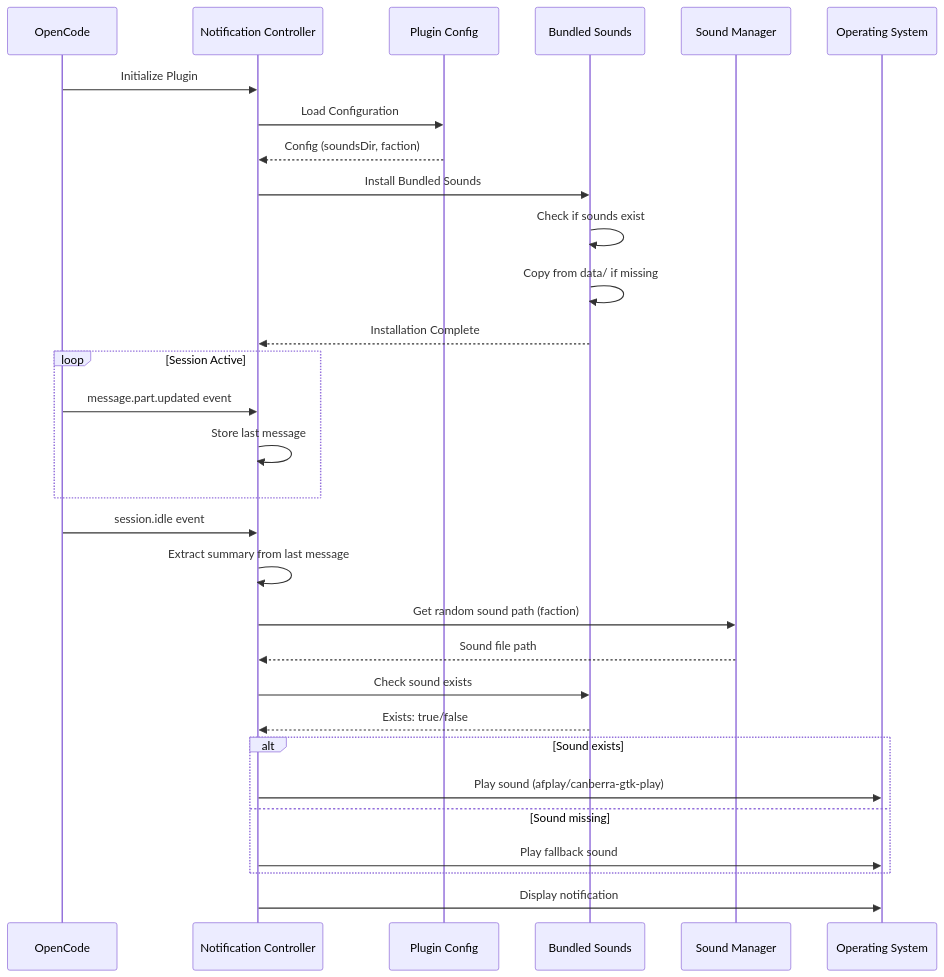
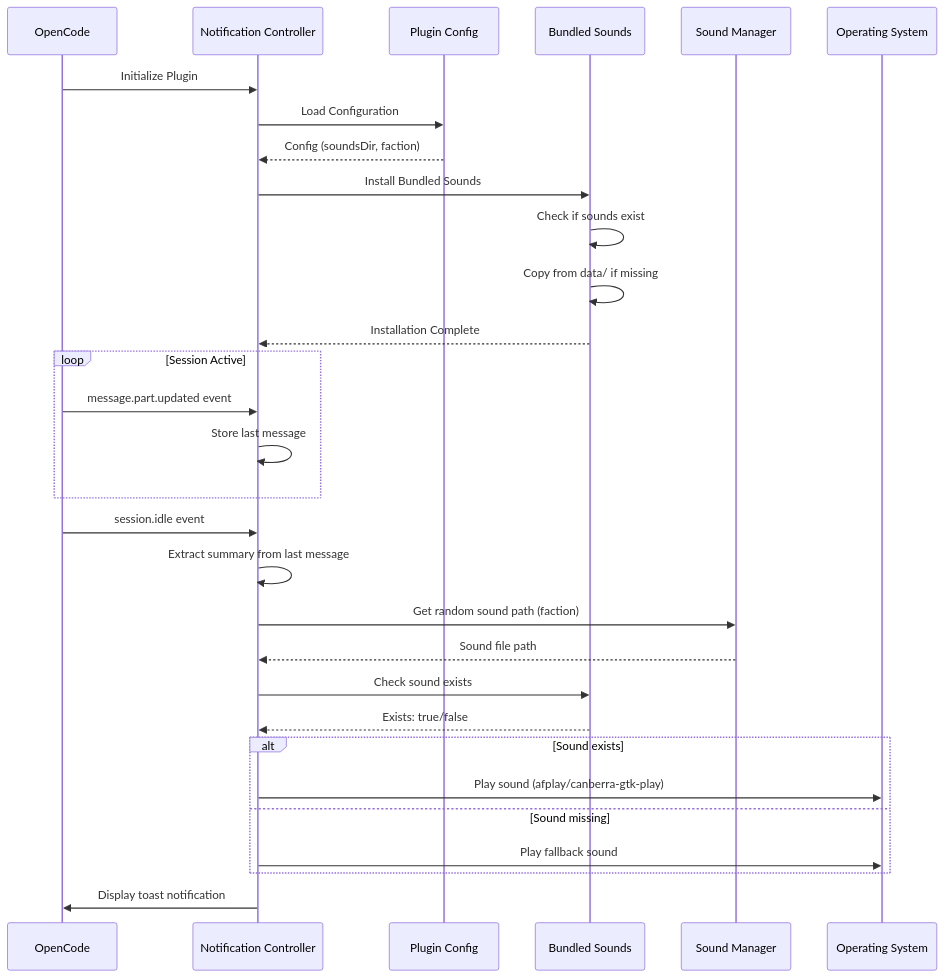
Before and after one commit to pantheon-org/opencode-warcraft-notifications: the second of 18 diagrams in docs/src/content/docs/architecture.md, drawn with Mermaid. The commit also changed other lines of this file and 42 other files, not shown here.

````diff
--- a/docs/src/content/docs/architecture.md
+++ b/docs/src/content/docs/architecture.md
@@ -106,37 +107,37 @@
 ```mermaid
 sequenceDiagram
     participant OC as OpenCode
     participant NC as Notification Controller
     participant PC as Plugin Config
     participant BS as Bundled Sounds
     participant SM as Sound Manager
     participant OS as Operating System
 
     OC->>NC: Initialize Plugin
     NC->>PC: Load Configuration
     PC-->>NC: Config (soundsDir, faction)
     NC->>BS: Install Bundled Sounds
     BS->>BS: Check if sounds exist
     BS->>BS: Copy from data/ if missing
     BS-->>NC: Installation Complete
 
     loop Session Active
         OC->>NC: message.part.updated event
         NC->>NC: Store last message
     end
 
     OC->>NC: session.idle event
     NC->>NC: Extract summary from last message
     NC->>SM: Get random sound path (faction)
     SM-->>NC: Sound file path
     NC->>BS: Check sound exists
     BS-->>NC: Exists: true/false
 
     alt Sound exists
         NC->>OS: Play sound (afplay/canberra-gtk-play)
     else Sound missing
         NC->>OS: Play fallback sound
     end
 
-    NC->>OS: Display notification
+    NC->>OC: Display toast notification
 ```
````
